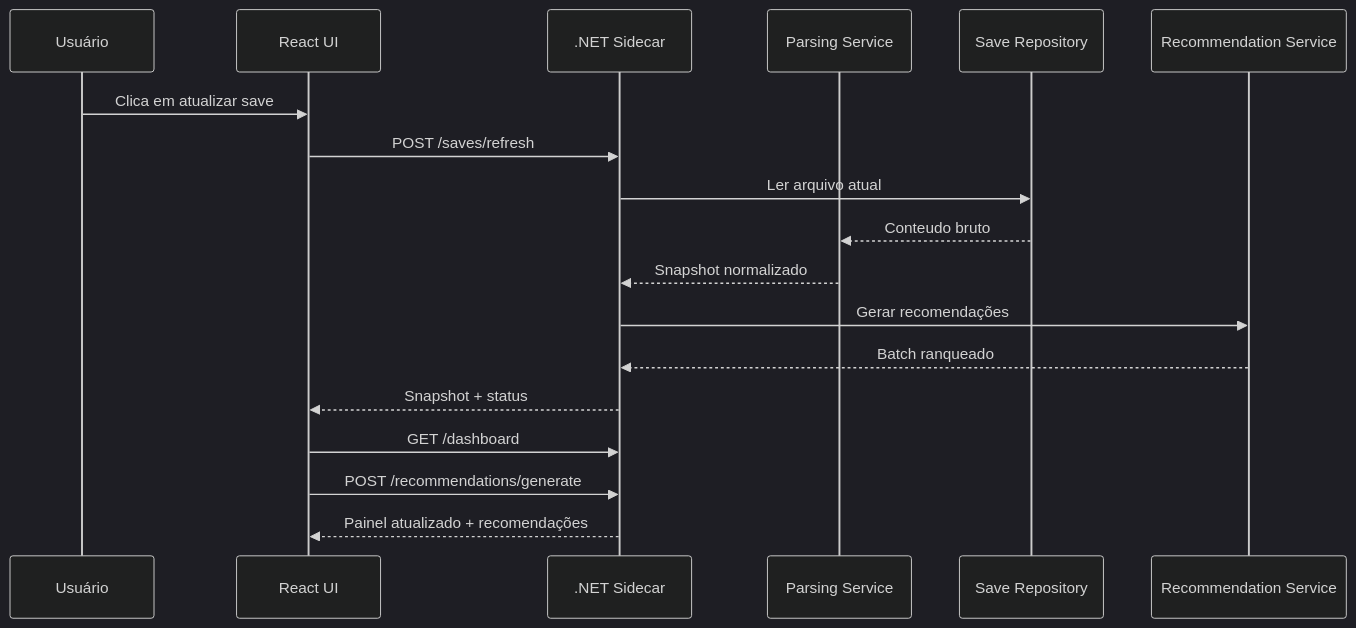
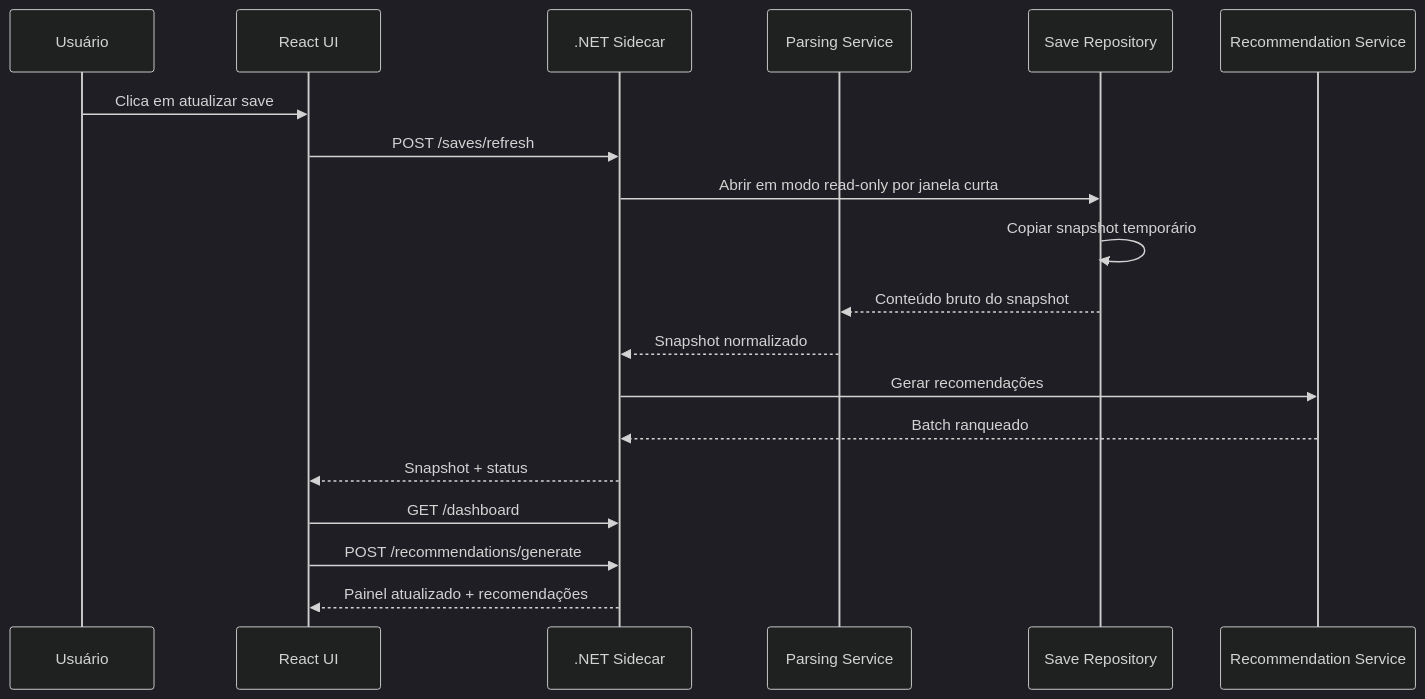
One commit to thaifurforo/fom-oracle changed the third of 5 diagrams in .catalog/architecture.md. Above: the diagram before and after it, drawn with Mermaid (dark theme). The commit also changed other lines of this file and 52 other files, not shown here.

````diff
--- a/.catalog/architecture.md
+++ b/.catalog/architecture.md
@@ -369,21 +373,22 @@
 ```mermaid
 sequenceDiagram
   participant U as Usuário
   participant UI as React UI
   participant API as .NET Sidecar
   participant Parser as Parsing Service
   participant Repo as Save Repository
   participant Rec as Recommendation Service
 
   U->>UI: Clica em atualizar save
   UI->>API: POST /saves/refresh
-  API->>Repo: Ler arquivo atual
-  Repo-->>Parser: Conteudo bruto
+  API->>Repo: Abrir em modo read-only por janela curta
+  Repo->>Repo: Copiar snapshot temporário
+  Repo-->>Parser: Conteúdo bruto do snapshot
   Parser-->>API: Snapshot normalizado
   API->>Rec: Gerar recomendações
   Rec-->>API: Batch ranqueado
   API-->>UI: Snapshot + status
   UI->>API: GET /dashboard
   UI->>API: POST /recommendations/generate
   API-->>UI: Painel atualizado + recomendações
 ```
````
